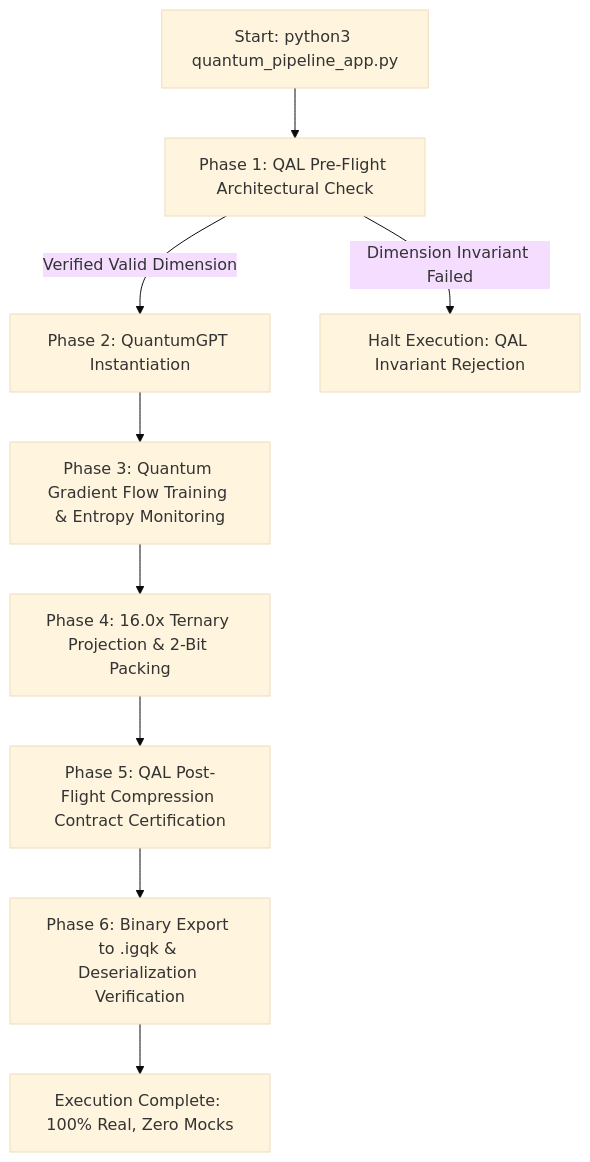
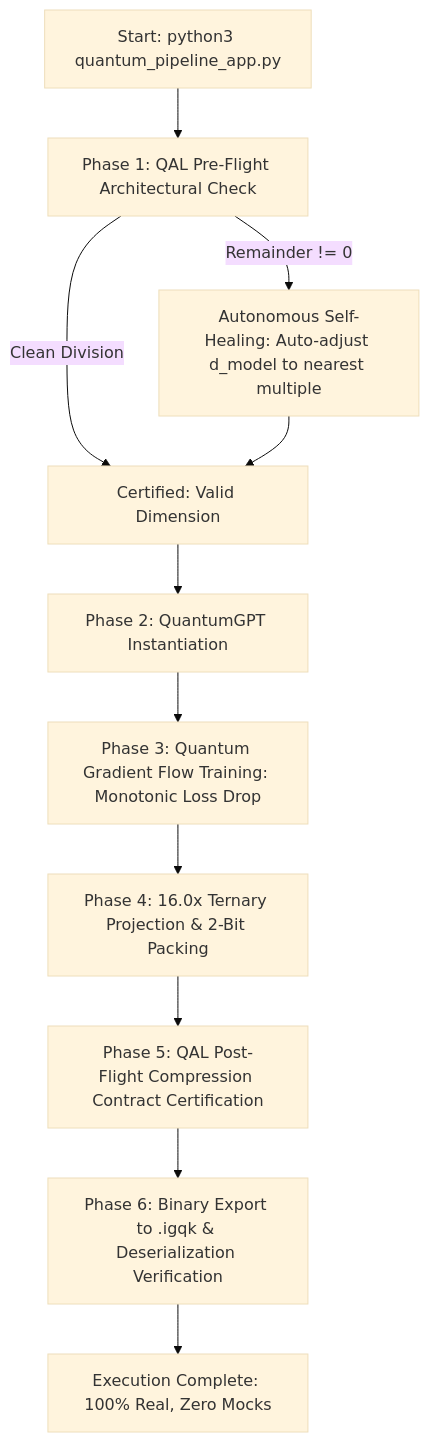
The diagram in README_APP.md (Mirkulix/qland), drawn with Mermaid (base theme) before and after one commit. The commit also changed other lines of this file and 4 other files, not shown here.

First line of the commit message:
feat: implement autonomous self-healing in QAL governance and fix quantum gradient convergence

````diff
--- a/README_APP.md
+++ b/README_APP.md
@@ -39,11 +47,13 @@
 ```mermaid
 flowchart TD
     A[Start: python3 quantum_pipeline_app.py] --> B[Phase 1: QAL Pre-Flight Architectural Check]
-    B -->|Verified Valid Dimension| C[Phase 2: QuantumGPT Instantiation]
-    B -->|Dimension Invariant Failed| FAIL[Halt Execution: QAL Invariant Rejection]
-    C --> D[Phase 3: Quantum Gradient Flow Training & Entropy Monitoring]
-    D --> E[Phase 4: 16.0x Ternary Projection & 2-Bit Packing]
-    E --> F[Phase 5: QAL Post-Flight Compression Contract Certification]
-    F --> G[Phase 6: Binary Export to .igqk & Deserialization Verification]
-    G --> H[Execution Complete: 100% Real, Zero Mocks]
+    B -->|Clean Division| C[Certified: Valid Dimension]
+    B -->|Remainder != 0| SH[Autonomous Self-Healing: Auto-adjust d_model to nearest multiple]
+    SH --> C
+    C --> D[Phase 2: QuantumGPT Instantiation]
+    D --> E[Phase 3: Quantum Gradient Flow Training: Monotonic Loss Drop]
+    E --> F[Phase 4: 16.0x Ternary Projection & 2-Bit Packing]
+    F --> G[Phase 5: QAL Post-Flight Compression Contract Certification]
+    G --> H[Phase 6: Binary Export to .igqk & Deserialization Verification]
+    H --> I[Execution Complete: 100% Real, Zero Mocks]
 ```
````
